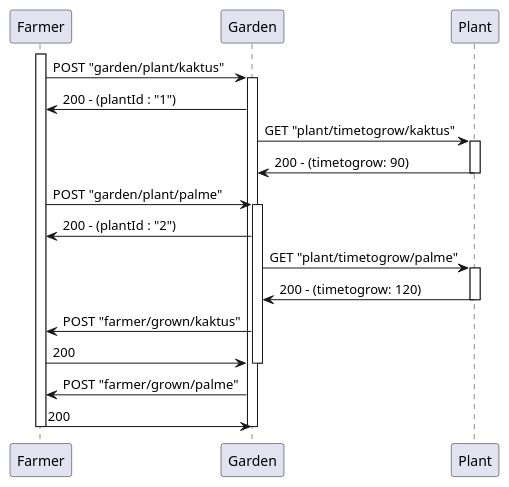
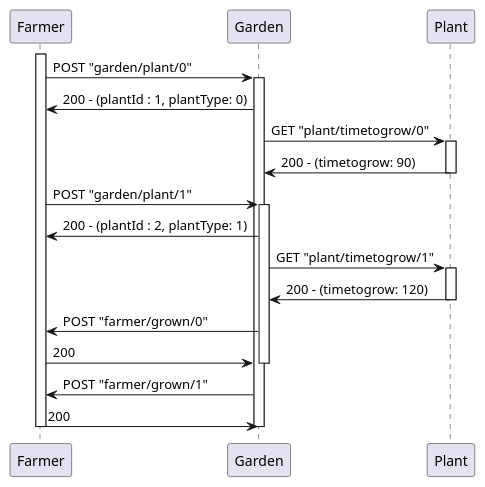
Before and after one commit to elite-se/plantestic-team-4: the diagram in doc/details/garden-scenario-2.puml, drawn with PlantUML. The commit also changed 2 other files, not shown here.

Commit message:
Update puml diagrams

```diff
--- a/doc/details/garden-scenario-2.puml
+++ b/doc/details/garden-scenario-2.puml
@@ -1,38 +1,38 @@
 @startuml
 
 participant "Farmer" as FA
 participant "Garden" as GA
 participant "Plant" as PL
 
 activate FA
 
-FA -> GA : POST "garden/plant/kaktus"
+FA -> GA : POST "garden/plant/0"
 activate GA
-GA -> FA : 200 - (plantId : "1")
+GA -> FA : 200 - (plantId : 1, plantType: 0)
 
-GA -> PL: GET "plant/timetogrow/kaktus"
+GA -> PL: GET "plant/timetogrow/0"
 activate PL
 PL -> GA: 200 - (timetogrow: 90)
 deactivate PL
 
-FA -> GA : POST "garden/plant/palme"
+FA -> GA : POST "garden/plant/1"
 activate GA
-GA -> FA : 200 - (plantId : "2")
+GA -> FA : 200 - (plantId : 2, plantType: 1)
 
-GA -> PL: GET "plant/timetogrow/palme"
+GA -> PL: GET "plant/timetogrow/1"
 activate PL
 PL -> GA: 200 - (timetogrow: 120)
 deactivate PL
 
 
-GA -> FA: POST "farmer/grown/kaktus"
+GA -> FA: POST "farmer/grown/0"
 FA -> GA: 200
 deactivate GA
 
-GA -> FA: POST "farmer/grown/palme"
+GA -> FA: POST "farmer/grown/1"
 FA -> GA: 200
 deactivate GA
 
 deactivate FA
 
 @enduml
```
